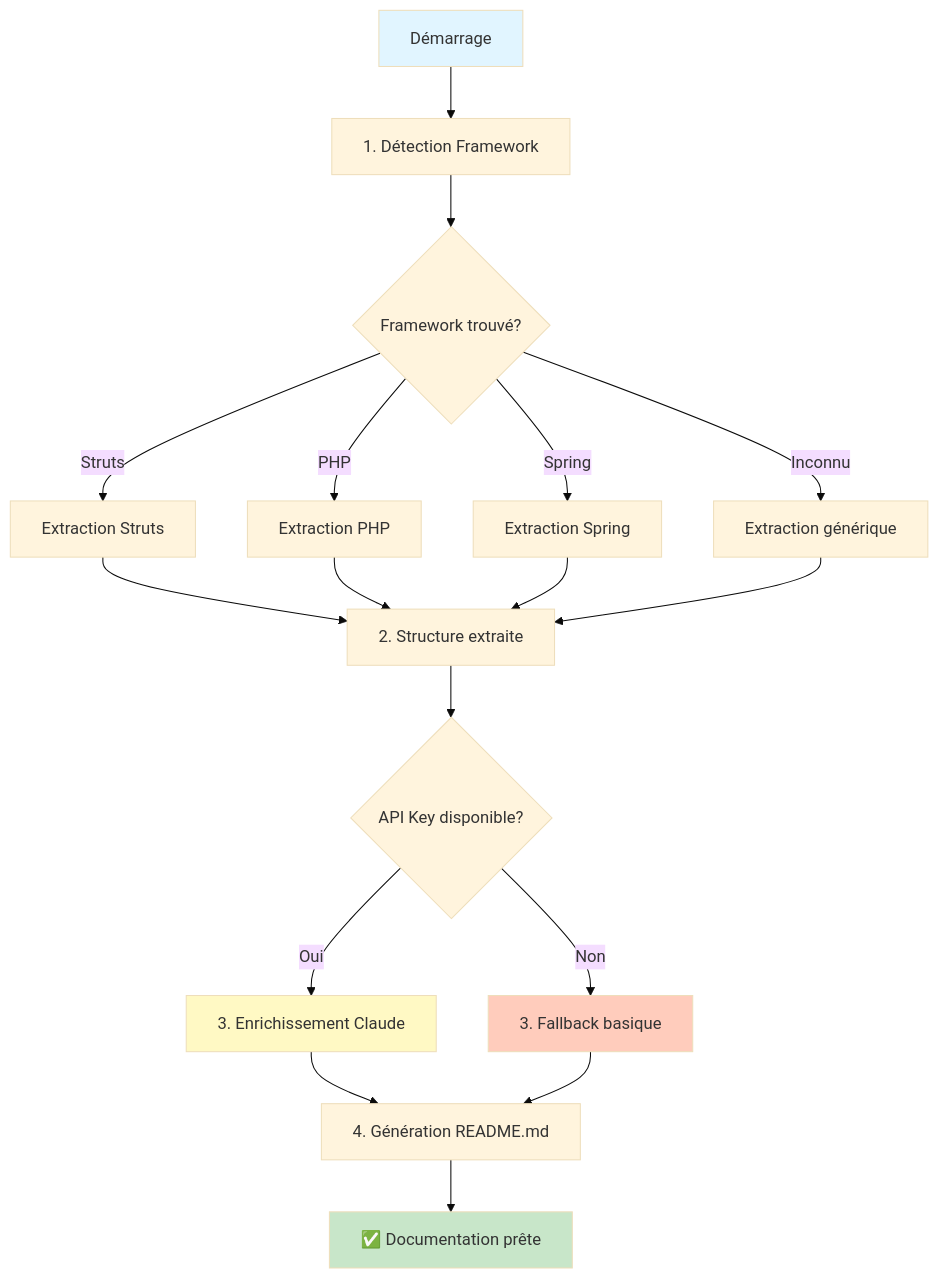
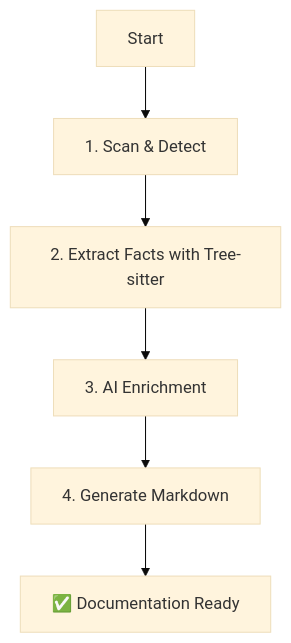
The diagram in ARCHITECTURE.md (naciro2010/Generatedocumentation), drawn with Mermaid (base theme) before and after one commit. The commit also changed other lines of this file and 8 other files, not shown here.

````diff
--- a/ARCHITECTURE.md
+++ b/ARCHITECTURE.md
@@ -171,28 +170,8 @@
 ```mermaid
 graph TD
-    A[Démarrage] --> B[1. Détection Framework]
-    B --> C{Framework trouvé?}
-    C -->|Struts| D[Extraction Struts]
-    C -->|PHP| E[Extraction PHP]
-    C -->|Spring| F[Extraction Spring]
-    C -->|Inconnu| G[Extraction générique]
-
-    D --> H[2. Structure extraite]
-    E --> H
-    F --> H
-    G --> H
-
-    H --> I{API Key disponible?}
-    I -->|Oui| J[3. Enrichissement Claude]
-    I -->|Non| K[3. Fallback basique]
-
-    J --> L[4. Génération README.md]
-    K --> L
-
-    L --> M[✅ Documentation prête]
-
-    style A fill:#e1f5ff
-    style M fill:#c8e6c9
-    style J fill:#fff9c4
-    style K fill:#ffccbc
+    A[Start] --> B[1. Scan & Detect]
+    B --> C[2. Extract Facts with Tree-sitter]
+    C --> D[3. AI Enrichment]
+    D --> E[4. Generate Markdown]
+    E --> F[✅ Documentation Ready]
 ```
````
